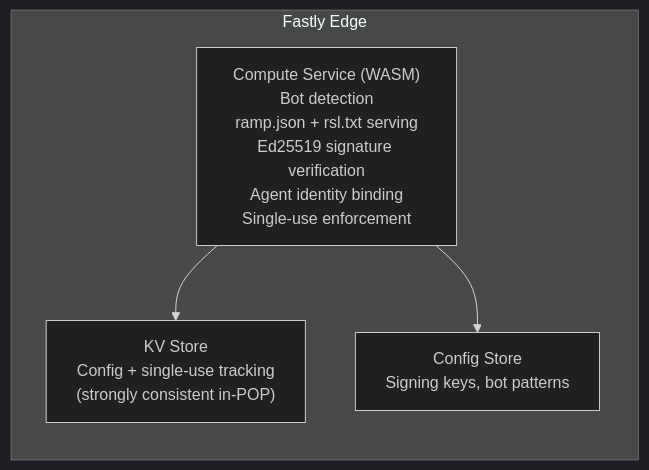
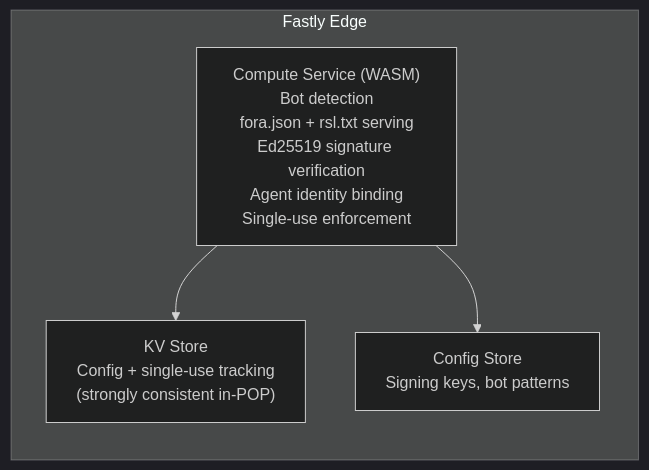
Before and after one commit to FORA-Protocol/protocol: the third of 3 diagrams in website/src/content/docs/components/edge-function/cdn-adapters.mdx, drawn with Mermaid (dark theme). The commit also changed other lines of this file and 561 other files, not shown here.

First line of the commit message:
Rename the protocol from RAMP to FORA

````diff
--- a/website/src/content/docs/components/edge-function/cdn-adapters.mdx
+++ b/website/src/content/docs/components/edge-function/cdn-adapters.mdx
@@ -274,11 +274,11 @@
 ```mermaid
 graph LR
     subgraph "Fastly Edge"
-        COMPUTE["Compute Service (WASM)<br/>Bot detection<br/>ramp.json + rsl.txt serving<br/>Ed25519 signature verification<br/>Agent identity binding<br/>Single-use enforcement"]
+        COMPUTE["Compute Service (WASM)<br/>Bot detection<br/>fora.json + rsl.txt serving<br/>Ed25519 signature verification<br/>Agent identity binding<br/>Single-use enforcement"]
         KV_STORE["KV Store<br/>Config + single-use tracking<br/>(strongly consistent in-POP)"]
         CONFIG_STORE["Config Store<br/>Signing keys, bot patterns"]
     end
 
     COMPUTE --> KV_STORE
     COMPUTE --> CONFIG_STORE
 ```
````
